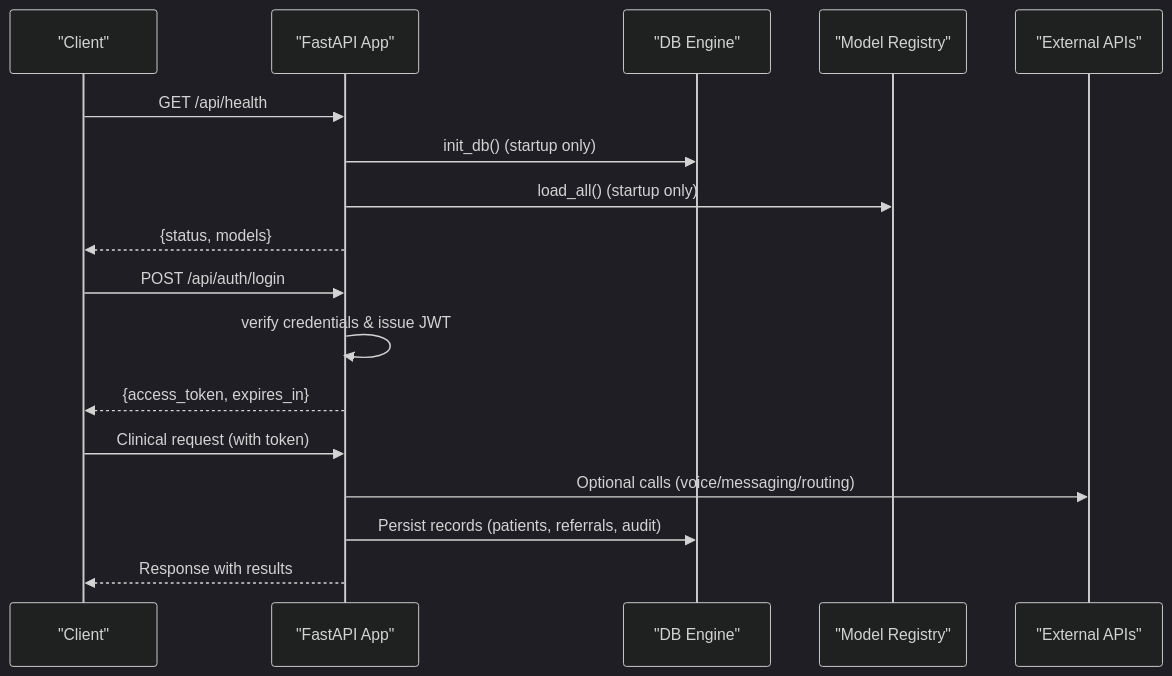
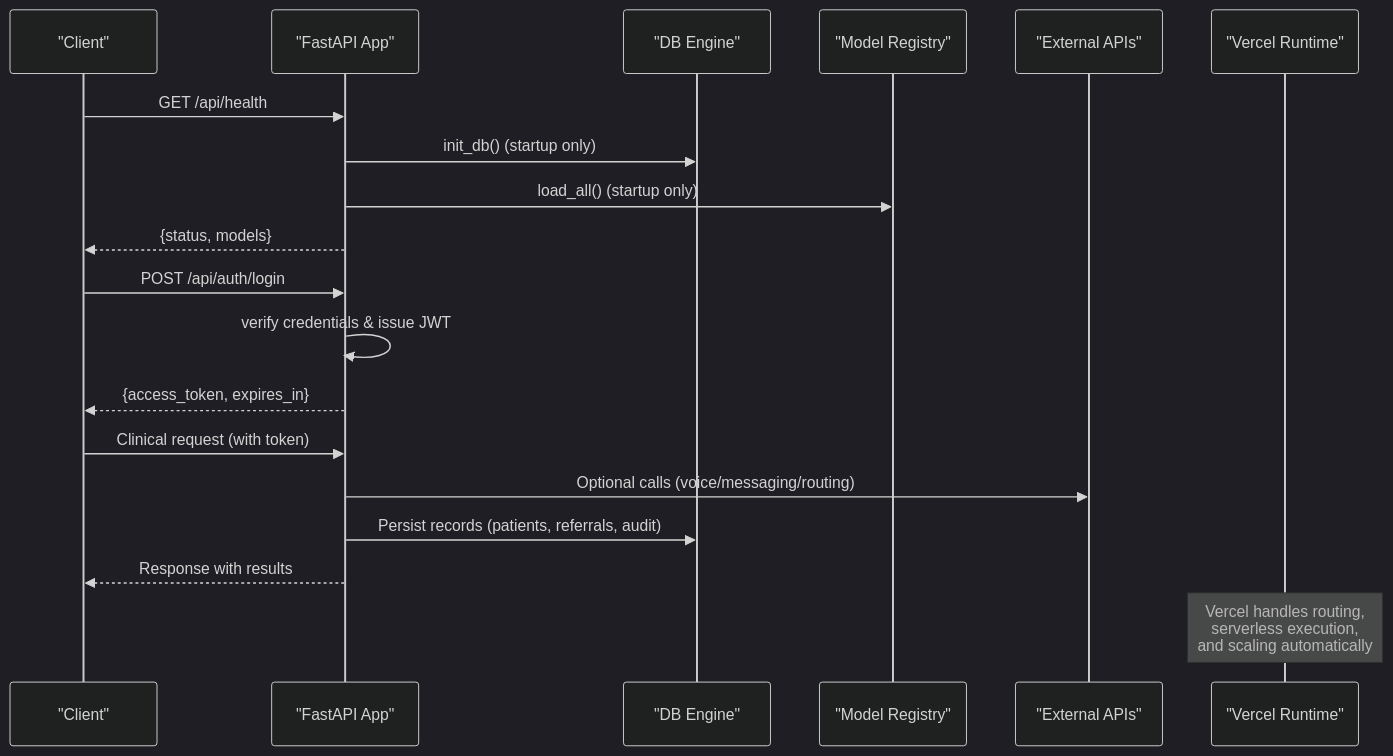
Before and after one commit to Zafar488/MaHifzat-Ai: the second of 7 diagrams in .qoder/repowiki/en/content/Deployment and Operations.md, drawn with Mermaid (dark theme). The commit also changed other lines of this file and 360 other files, not shown here.

````diff
--- a/.qoder/repowiki/en/content/Deployment and Operations.md
+++ b/.qoder/repowiki/en/content/Deployment and Operations.md
@@ -87,19 +107,21 @@
 ```mermaid
 sequenceDiagram
 participant C as "Client"
 participant A as "FastAPI App"
 participant D as "DB Engine"
 participant M as "Model Registry"
 participant E as "External APIs"
+participant V as "Vercel Runtime"
 C->>A : GET /api/health
 A->>D : init_db() (startup only)
 A->>M : load_all() (startup only)
 A-->>C : {status, models}
 C->>A : POST /api/auth/login
 A->>A : verify credentials & issue JWT
 A-->>C : {access_token, expires_in}
 C->>A : Clinical request (with token)
 A->>E : Optional calls (voice/messaging/routing)
 A->>D : Persist records (patients, referrals, audit)
 A-->>C : Response with results
+Note over V : Vercel handles routing,<br/>serverless execution,<br/>and scaling automatically
 ```
````
